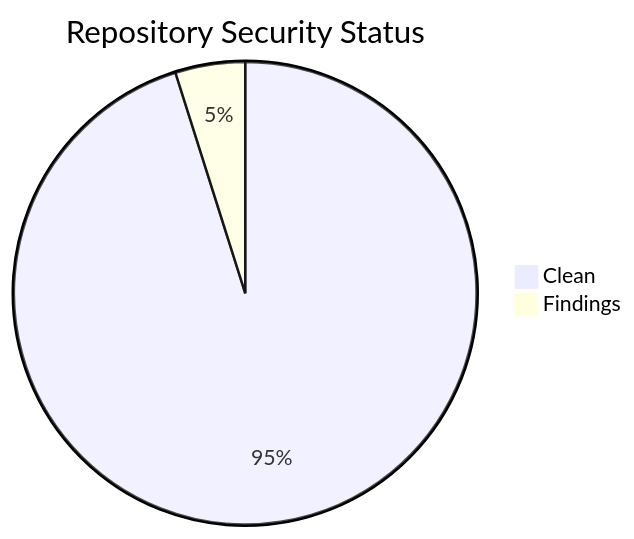
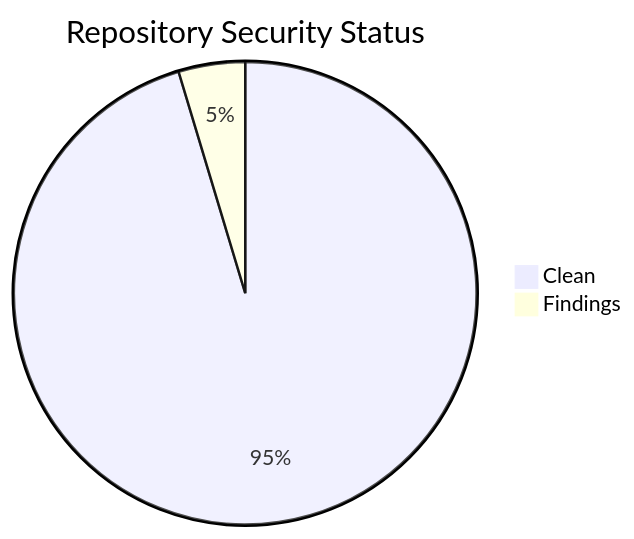
One commit to icepaule/icepaule.github.io changed the second of 2 diagrams in projects/status.md. Above: the diagram before and after it, drawn with Mermaid. The commit also changed other lines of this file and 6 other files, not shown here.

````diff
--- a/projects/status.md
+++ b/projects/status.md
@@ -104,5 +106,5 @@
 ```mermaid
 pie title Repository Security Status
-    "Clean" : 39
+    "Clean" : 41
     "Findings" : 2
 ```
````
